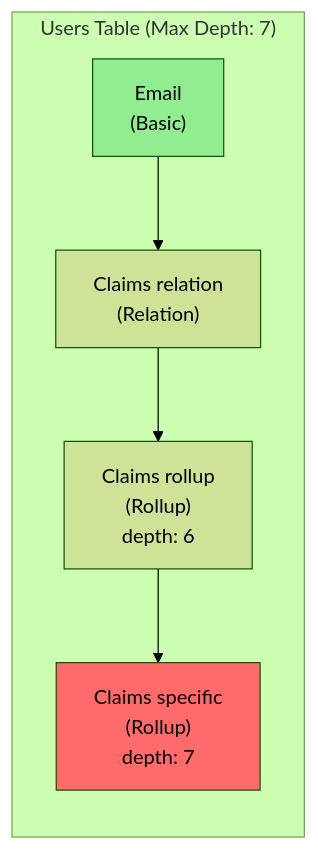
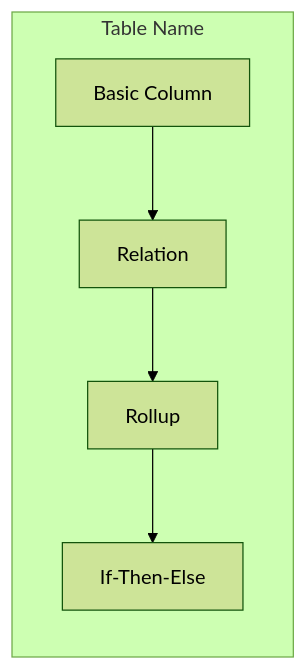
The diagram in glide/commands/app-audit.md (glideapps/glide-code), drawn with Mermaid (forest theme) before and after one commit. The commit also changed other lines of this file and 4 other files, not shown here.

````diff
--- a/glide/commands/app-audit.md
+++ b/glide/commands/app-audit.md
@@ -101,11 +98,8 @@
 ```mermaid
 flowchart BT
-    subgraph Users["Users Table (Max Depth: 7)"]
-        A["Email<br/>(Basic)"] --> B["Claims relation<br/>(Relation)"]
-        B --> C["Claims rollup<br/>(Rollup)<br/>depth: 6"]
-        C --> D["Claims specific<br/>(Rollup)<br/>depth: 7"]
+    subgraph TableName["Table Name"]
+        A["Basic Column"] --> B["Relation"]
+        B --> C["Rollup"]
+        C --> D["If-Then-Else"]
     end
-
-    style A fill:#90EE90
-    style D fill:#FF6B6B
 ```
````
